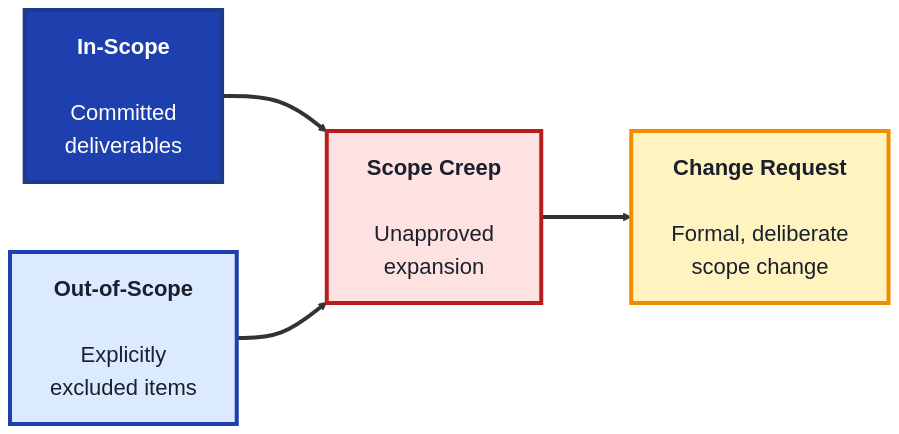
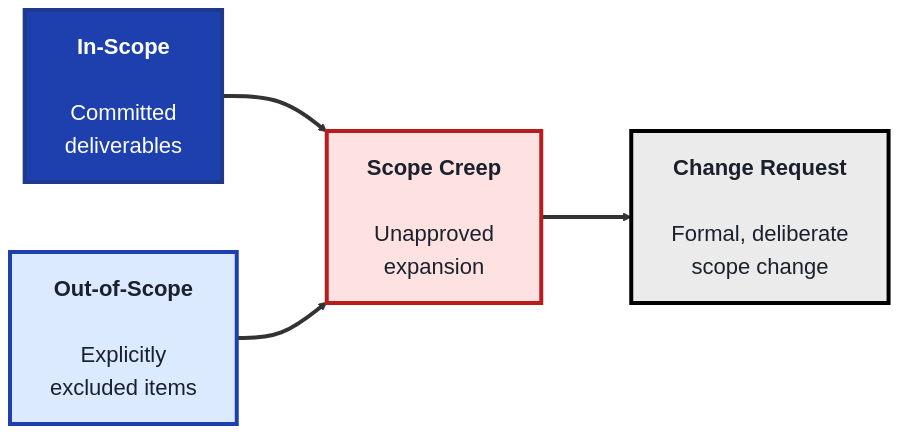
The first of 4 diagrams in src/Pages/courses/TechPO/project-management-module.md (SHEMODELTECH/shemodeltech), drawn with Mermaid before and after one commit. The commit also changed other lines of this file and 46 other files, not shown here.

````diff
--- a/src/Pages/courses/TechPO/project-management-module.md
+++ b/src/Pages/courses/TechPO/project-management-module.md
@@ -21,18 +21,18 @@
 ```mermaid
 %%{init: {'theme':'base', 'themeVariables': {'fontSize':'22px', 'primaryTextColor':'#1a202c', 'primaryBorderColor':'#1e40af', 'lineColor':'#333333'}, 'flowchart': {'nodeSpacing': 70, 'rankSpacing': 90, 'padding': 20}}}%%
 flowchart LR
     IS["<b>In-Scope</b><br/><br/>Committed<br/>deliverables"]
     OS["<b>Out-of-Scope</b><br/><br/>Explicitly<br/>excluded items"]
     SC["<b>Scope Creep</b><br/><br/>Unapproved<br/>expansion"]
     CR["<b>Change Request</b><br/><br/>Formal, deliberate<br/>scope change"]
 
     IS ==> SC
     OS ==> SC
     SC ==> CR
 
     style IS fill:#1e40af,color:#fff,stroke:#1e3a8a,stroke-width:4px
     style OS fill:#dbeafe,color:#1a202c,stroke:#1e40af,stroke-width:4px
     style SC fill:#fee2e2,color:#1a202c,stroke:#b91c1c,stroke-width:4px
-    style CR fill:#fff3bf,color:#1a202c,stroke:#f08c00,stroke-width:4px
+    style CR fill:#EBEBEB,color:#1a202c,stroke:#000000,stroke-width:4px
     linkStyle default stroke-width:4px,stroke:#333333
 ```
````
